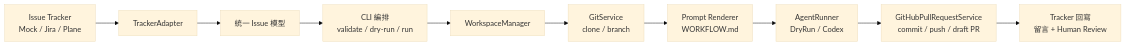
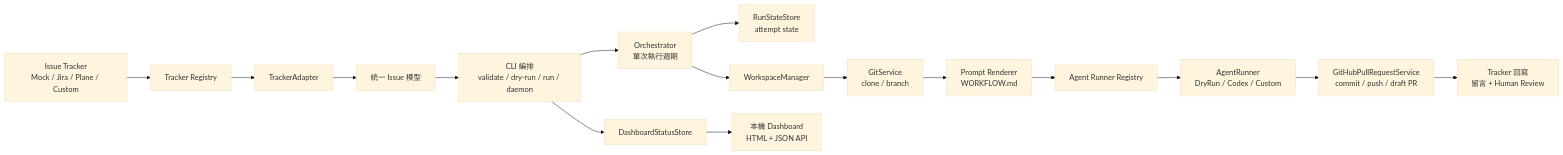
The fourth of 4 diagrams in README.md (sherlockliu/symphony), drawn with Mermaid (base theme) before and after one commit. The commit also changed other lines of this file and 45 other files, not shown here.

````diff
--- a/README.md
+++ b/README.md
@@ -556,12 +993,18 @@
 ```mermaid
 flowchart LR
-    A[Issue Tracker<br/>Mock / Jira / Plane] --> B[TrackerAdapter]
+    A[Issue Tracker<br/>Mock / Jira / Plane / Custom] --> R[Tracker Registry]
+    R --> B[TrackerAdapter]
     B --> C[統一 Issue 模型]
-    C --> D[CLI 編排<br/>validate / dry-run / run]
-    D --> E[WorkspaceManager]
+    C --> D[CLI 編排<br/>validate / dry-run / run / daemon]
+    D --> K[Orchestrator<br/>單次執行週期]
+    K --> N[RunStateStore<br/>attempt state]
+    K --> E[WorkspaceManager]
     E --> F[GitService<br/>clone / branch]
     F --> G[Prompt Renderer<br/>WORKFLOW.md]
-    G --> H[AgentRunner<br/>DryRun / Codex]
+    G --> AR[Agent Runner Registry]
+    AR --> H[AgentRunner<br/>DryRun / Codex / Custom]
     H --> I[GitHubPullRequestService<br/>commit / push / draft PR]
     I --> J[Tracker 回寫<br/>留言 + Human Review]
+    D --> L[DashboardStatusStore]
+    L --> M[本機 Dashboard<br/>HTML + JSON API]
 ```
````
